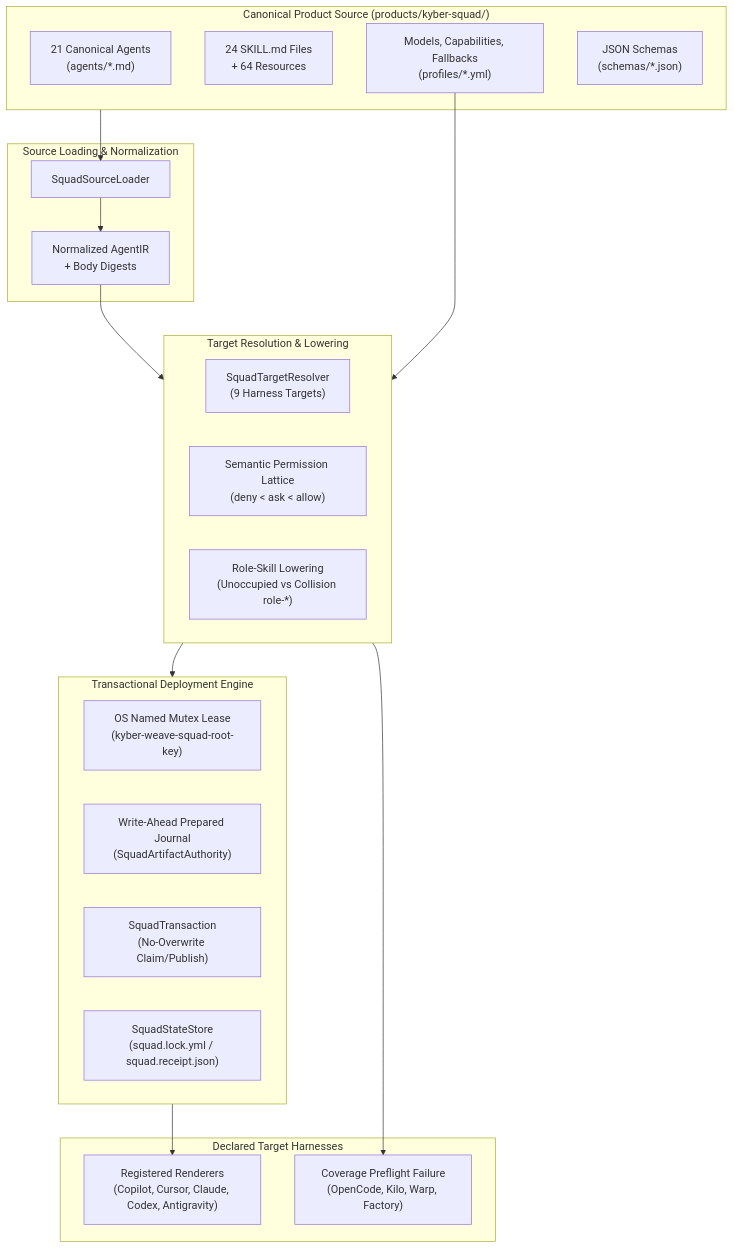
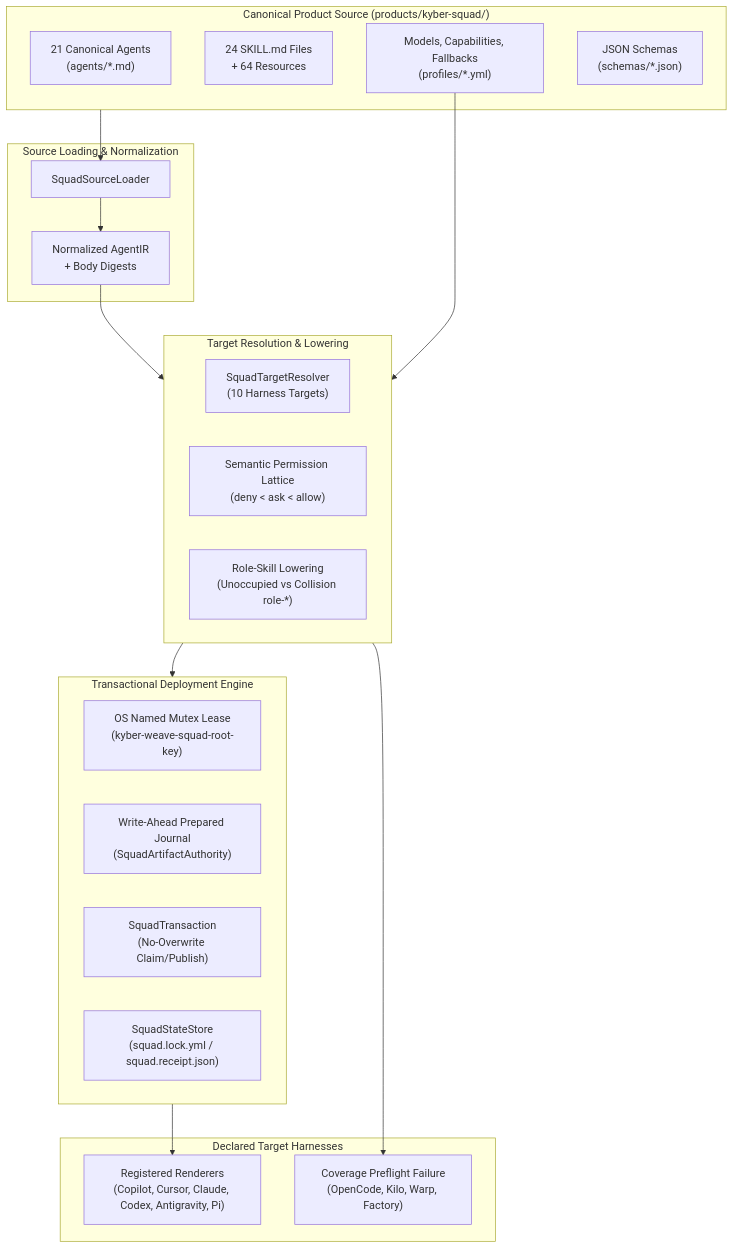
One commit to dpalfery/kyber-weave changed the first of 4 diagrams in docs/kyber-squad/architecture.md. Above: the diagram before and after it, drawn with Mermaid. The commit also changed other lines of this file and 31 other files, not shown here.

First line of the commit message:
feat(squad): add Pi as a harness target with a pi-subagents renderer

````diff
--- a/docs/kyber-squad/architecture.md
+++ b/docs/kyber-squad/architecture.md
@@ -43,40 +43,40 @@
 ```mermaid
 flowchart TD
     subgraph CanonicalSource["Canonical Product Source (products/kyber-squad/)"]
         Agents["21 Canonical Agents\n(agents/*.md)"]
         Skills["24 SKILL.md Files\n+ 64 Resources"]
         Profiles["Models, Capabilities, Fallbacks\n(profiles/*.yml)"]
         Schemas["JSON Schemas\n(schemas/*.json)"]
     end
 
     subgraph Loader["Source Loading & Normalization"]
         SquadSourceLoader["SquadSourceLoader"]
         AgentIR["Normalized AgentIR\n+ Body Digests"]
     end
 
     subgraph Compiler["Target Resolution & Lowering"]
-        SquadTargetResolver["SquadTargetResolver\n(9 Harness Targets)"]
+        SquadTargetResolver["SquadTargetResolver\n(10 Harness Targets)"]
         Lattice["Semantic Permission Lattice\n(deny < ask < allow)"]
         Lowering["Role-Skill Lowering\n(Unoccupied vs Collision role-*)"]
     end
 
     subgraph DeploymentEngine["Transactional Deployment Engine"]
         Mutex["OS Named Mutex Lease\n(kyber-weave-squad-root-key)"]
         Journal["Write-Ahead Prepared Journal\n(SquadArtifactAuthority)"]
         Transaction["SquadTransaction\n(No-Overwrite Claim/Publish)"]
         StateStore["SquadStateStore\n(squad.lock.yml / squad.receipt.json)"]
     end
 
     subgraph TargetHarnesses["Declared Target Harnesses"]
-        RegisteredTargets["Registered Renderers\n(Copilot, Cursor, Claude, Codex, Antigravity)"]
+        RegisteredTargets["Registered Renderers\n(Copilot, Cursor, Claude, Codex, Antigravity, Pi)"]
         UnsupportedTargets["Coverage Preflight Failure\n(OpenCode, Kilo, Warp, Factory)"]
     end
 
     CanonicalSource --> SquadSourceLoader
     SquadSourceLoader --> AgentIR
     AgentIR --> Compiler
     Profiles --> Compiler
     Compiler --> DeploymentEngine
     DeploymentEngine --> RegisteredTargets
     Compiler --> UnsupportedTargets
 ```
````
